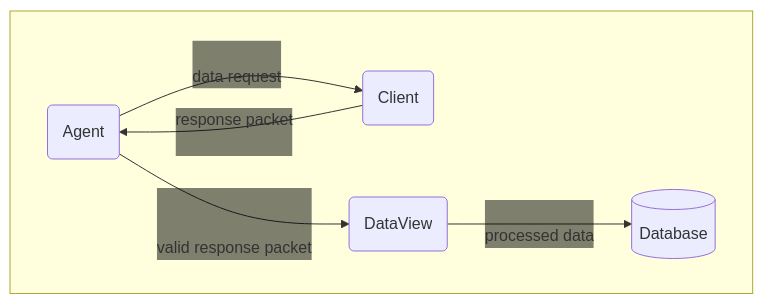
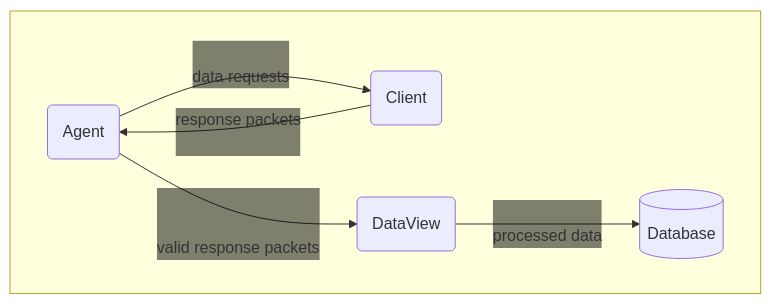
The first of 5 diagrams in README.md (ryancardenas/marketresearch), drawn with Mermaid before and after one commit. The commit also changed other lines of this file, not shown here.

Commit message:
Pluralize labels in Use Cases graphs of README.md

````diff
--- a/README.md
+++ b/README.md
@@ -22,12 +22,12 @@
 ```mermaid
 %%{init: {'theme': 'default', 'themeVariables': { 'titleColor': '#0000FF', 'edgeLabelBackground': 'transparent'}}}%%
 graph LR
     subgraph Mining[Data Mining]
         direction LR
-        MiningAgent(Agent) -- <br>data request --> MiningClient(Client)
-        MiningClient -- response packet<br><br> --> MiningAgent
-        MiningAgent -- <br><br>valid response packet --> MiningDataView(DataView)
+        MiningAgent(Agent) -- <br>data requests --> MiningClient(Client)
+        MiningClient -- response packets<br><br> --> MiningAgent
+        MiningAgent -- <br><br>valid response packets --> MiningDataView(DataView)
         MiningDataView -- <br>processed data --> MiningDatabase[(Database)]
     end
     style Mining color:#ffffde
 ```
````
